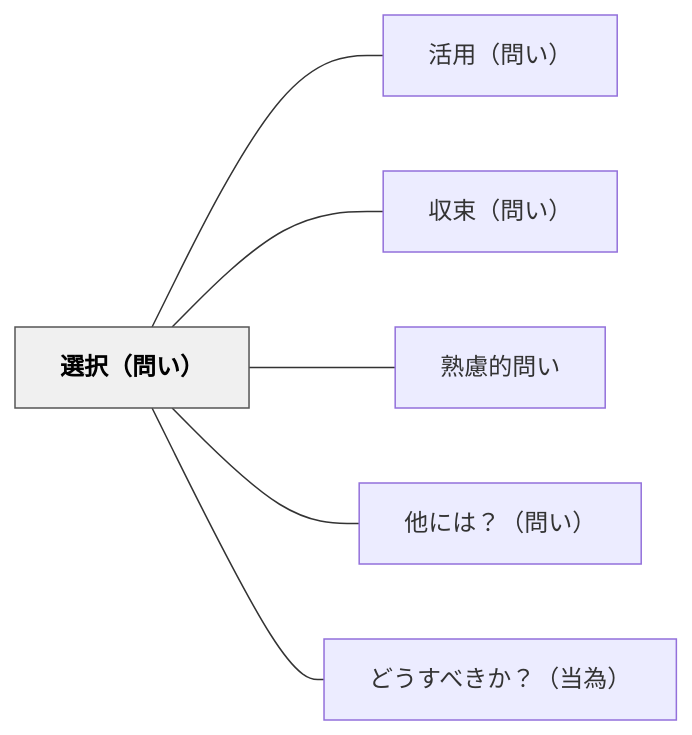
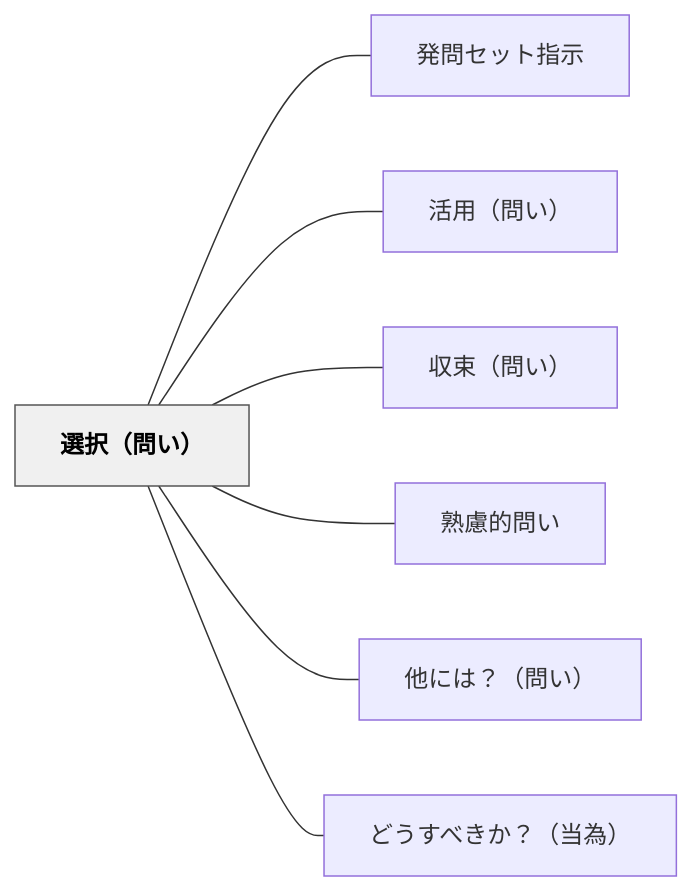
Before and after one commit to unknownthings-ed-patterns/unknownthings-ed-patterns: the diagram in content/パタン/選択（問い）.md, drawn with Mermaid. The commit also changed other lines of this file and 527 other files, not shown here.

````diff
--- a/content/パタン/選択（問い）.md
+++ b/content/パタン/選択（問い）.md
@@ -42,18 +43,20 @@
 ```mermaid
 flowchart LR
-    ne981b8e68a9e["選択（問い）"]
-    ne6b4bbe794a8["活用（問い）"]
-    ne58f8ee69d9f["収束（問い）"]
-    ne7869fe685ae["熟慮的問い"]
-    ne4bb96e381ab["他には？（問い）"]
-    ne381a9e38186["どうすべきか？（当為）"]
+    ne981b8e68a9eefbc88e5958fe38184efbc89["選択（問い）"]
+    ne799bae5958fe382bbe38383e38388e68c87e7a4ba["発問セット指示"]
+    ne6b4bbe794a8efbc88e5958fe38184efbc89["活用（問い）"]
+    ne58f8ee69d9fefbc88e5958fe38184efbc89["収束（問い）"]
+    ne7869fe685aee79a84e5958fe38184["熟慮的問い"]
+    ne4bb96e381abe381afefbc9fefbc88e5958fe38184efbc89["他には？（問い）"]
+    ne381a9e38186e38199e381b9e3818de3818befbc9fefbc88e5bd93e782baefbc89["どうすべきか？（当為）"]
 
-    ne981b8e68a9e --- ne6b4bbe794a8
-    ne981b8e68a9e --- ne58f8ee69d9f
-    ne981b8e68a9e --- ne7869fe685ae
-    ne981b8e68a9e --- ne4bb96e381ab
-    ne981b8e68a9e --- ne381a9e38186
+    ne981b8e68a9eefbc88e5958fe38184efbc89 --- ne799bae5958fe382bbe38383e38388e68c87e7a4ba
+    ne981b8e68a9eefbc88e5958fe38184efbc89 --- ne6b4bbe794a8efbc88e5958fe38184efbc89
+    ne981b8e68a9eefbc88e5958fe38184efbc89 --- ne58f8ee69d9fefbc88e5958fe38184efbc89
+    ne981b8e68a9eefbc88e5958fe38184efbc89 --- ne7869fe685aee79a84e5958fe38184
+    ne981b8e68a9eefbc88e5958fe38184efbc89 --- ne4bb96e381abe381afefbc9fefbc88e5958fe38184efbc89
+    ne981b8e68a9eefbc88e5958fe38184efbc89 --- ne381a9e38186e38199e381b9e3818de3818befbc9fefbc88e5bd93e782baefbc89
 
     classDef hub fill:#f0f0f0,stroke:#555,color:#000,font-weight:bold
-    class ne981b8e68a9e hub
+    class ne981b8e68a9eefbc88e5958fe38184efbc89 hub
 ```
````
